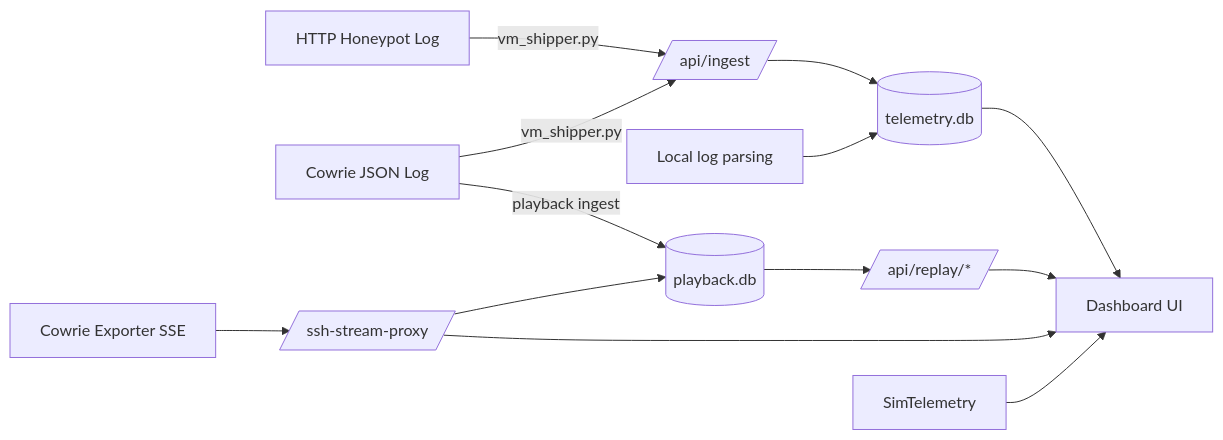
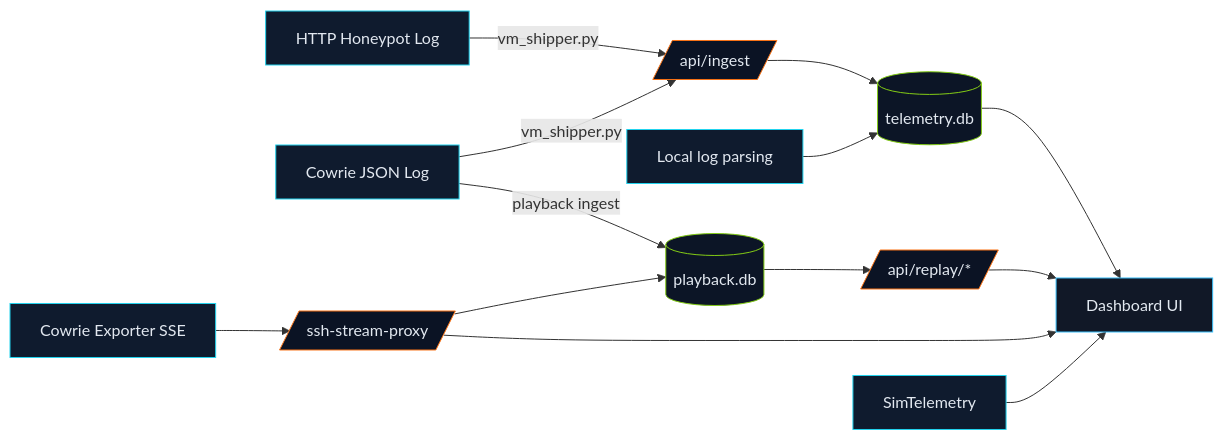
The diagram in README.md (AmEr-v/SENTINEL_HIVE_CYBER), drawn with Mermaid before and after one commit. The commit also changed other lines of this file, not shown here.

````diff
--- a/README.md
+++ b/README.md
@@ -34,18 +62,28 @@
 ```mermaid
 flowchart LR
     A[HTTP Honeypot Log] -->|vm_shipper.py| B[/api/ingest/]
     C[Cowrie JSON Log] -->|vm_shipper.py| B
     B --> D[(telemetry.db)]
     D --> E[Dashboard UI]
 
     C -->|playback ingest| F[(playback.db)]
     F --> G[/api/replay/*/]
     G --> E
 
     H[Cowrie Exporter SSE] --> I[/ssh-stream-proxy/]
     I --> F
     I --> E
 
     J[Local log parsing] --> D
     K[SimTelemetry] --> E
+
+    classDef source fill:#0f1b2e,stroke:#22d3ee,color:#e2e8f0;
+    classDef api fill:#0b1324,stroke:#f97316,color:#e2e8f0;
+    classDef db fill:#0c1526,stroke:#84cc16,color:#e2e8f0;
+    classDef ui fill:#111827,stroke:#38bdf8,color:#e2e8f0;
+
+    class A,C,H,J,K source;
+    class B,G,I api;
+    class D,F db;
+    class E ui;
 ```
````
